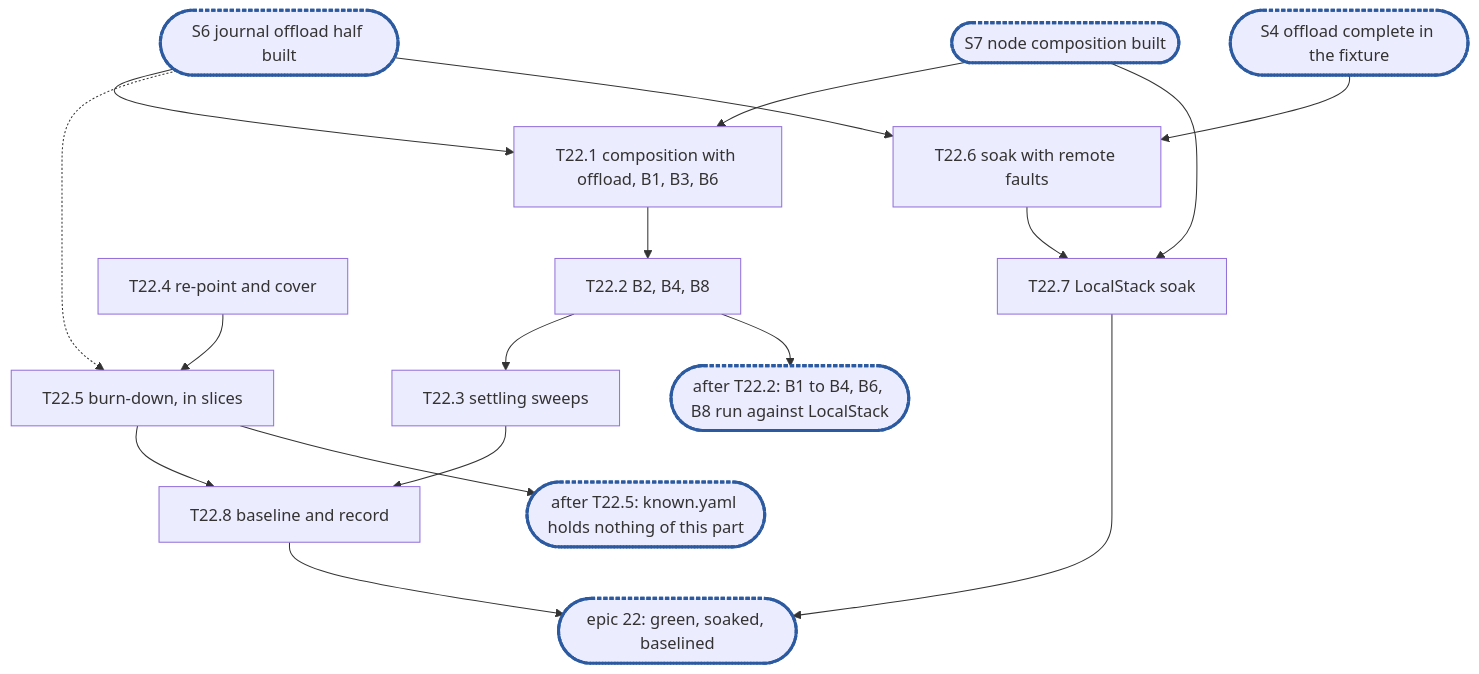
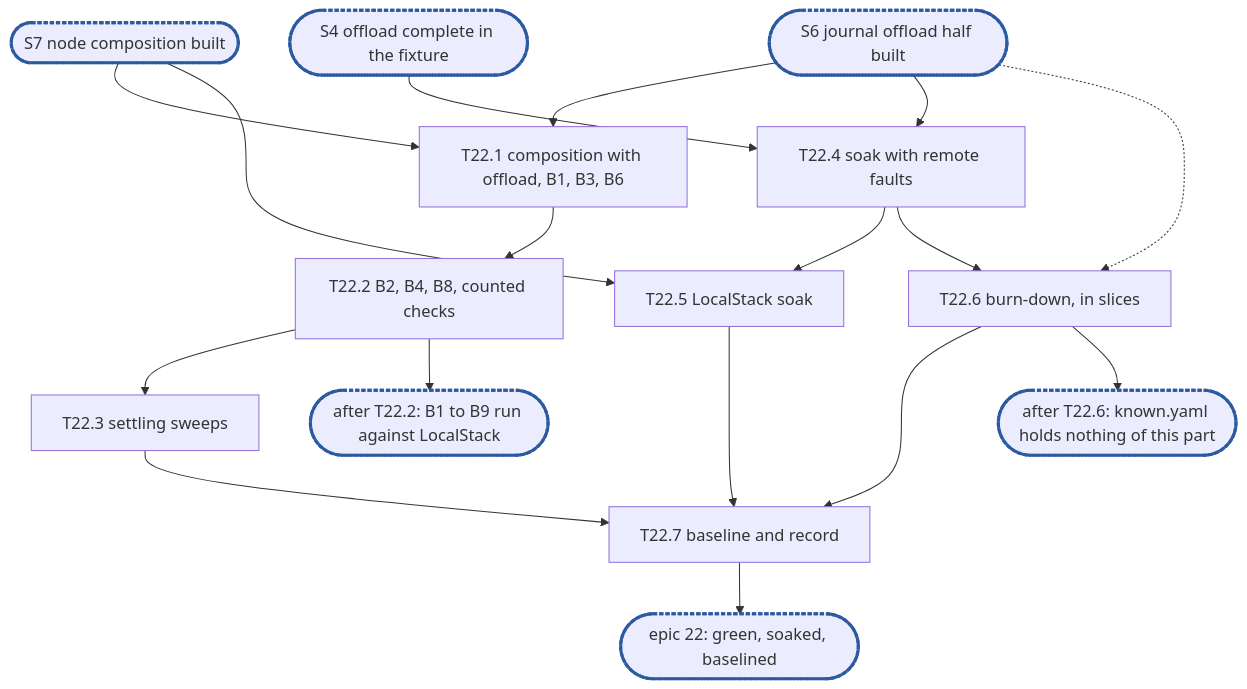
One commit to cubbit/dittofs changed the diagram in .planning/rfc-8-offload-engine-epic22.md. Above: the diagram before and after it, drawn with Mermaid. The commit also changed other lines of this file, not shown here.

Commit message:
docs(planning): fold review findings into RFC 8 epic 22 breakdown

````diff
--- a/.planning/rfc-8-offload-engine-epic22.md
+++ b/.planning/rfc-8-offload-engine-epic22.md
@@ -565,18 +584,18 @@
 ```mermaid
 flowchart TD
   S7(["S7 node composition built"]):::sync --> T22_1["T22.1 composition with offload, B1, B3, B6"]
   S6(["S6 journal offload half built"]):::sync --> T22_1
-  T22_1 --> T22_2["T22.2 B2, B4, B8"]
+  T22_1 --> T22_2["T22.2 B2, B4, B8, counted checks"]
   T22_2 --> T22_3["T22.3 settling sweeps"]
-  T22_4["T22.4 re-point and cover"] --> T22_5["T22.5 burn-down, in slices"]
-  S6 -.-> T22_5
-  S4(["S4 offload complete in the fixture"]):::sync --> T22_6["T22.6 soak with remote faults"]
-  S6 --> T22_6
-  T22_6 --> T22_7["T22.7 LocalStack soak"]
-  S7 --> T22_7
-  T22_3 & T22_5 --> T22_8["T22.8 baseline and record"]
-  T22_2 --> CP1(["after T22.2: B1 to B4, B6, B8 run against LocalStack"]):::sync
-  T22_5 --> CP2(["after T22.5: known.yaml holds nothing of this part"]):::sync
-  T22_8 & T22_7 --> done(["epic 22: green, soaked, baselined"]):::sync
+  S4(["S4 offload complete in the fixture"]):::sync --> T22_4["T22.4 soak with remote faults"]
+  S6 --> T22_4
+  T22_4 --> T22_5["T22.5 LocalStack soak"]
+  S7 --> T22_5
+  T22_4 --> T22_6["T22.6 burn-down, in slices"]
+  S6 -.-> T22_6
+  T22_3 & T22_5 & T22_6 --> T22_7["T22.7 baseline and record"]
+  T22_2 --> CP1(["after T22.2: B1 to B9 run against LocalStack"]):::sync
+  T22_6 --> CP2(["after T22.6: known.yaml holds nothing of this part"]):::sync
+  T22_7 --> done(["epic 22: green, soaked, baselined"]):::sync
   classDef sync stroke:#2c5aa0,stroke-width:3px,stroke-dasharray:4 2
 ```
````
